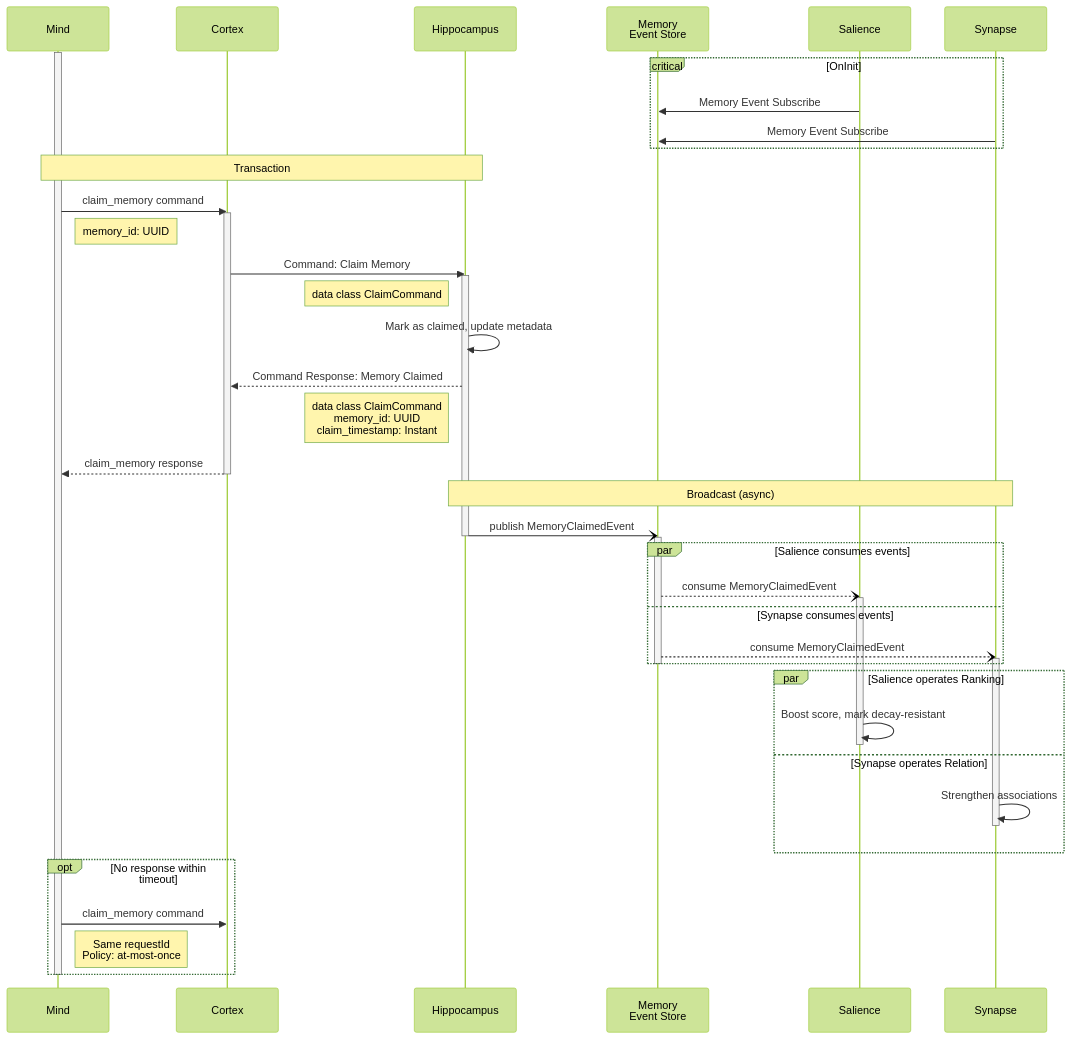
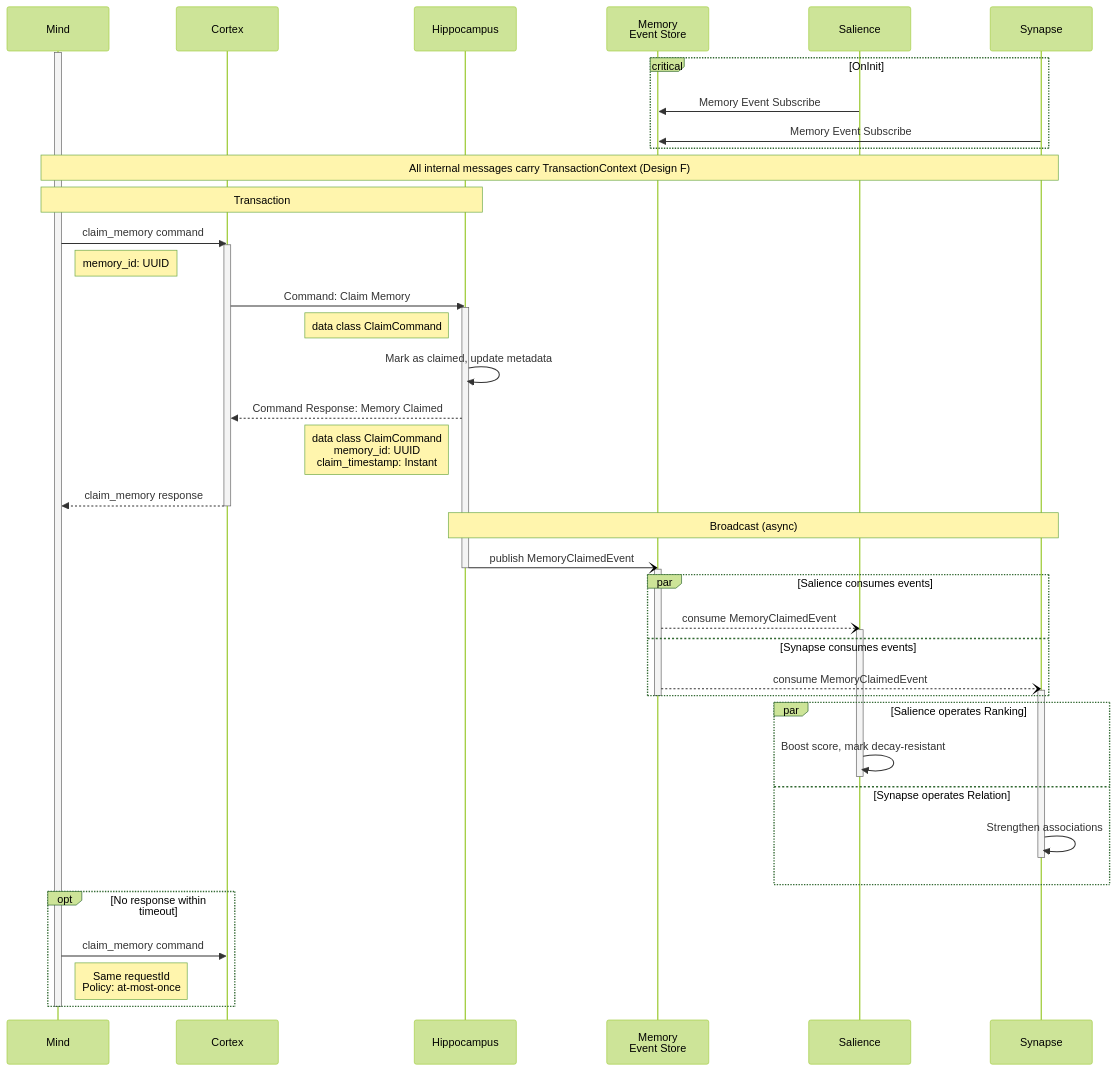
The diagram in site/_includes/diagrams/msg-0003-claim-memory.mmd (Mimis-Gildi/mcp-total-recall), drawn with Mermaid (forest theme) before and after one commit. The commit also changed 15 other files, not shown here.

Commit message:
Transaction Context added in diagrams.

```diff
--- a/site/_includes/diagrams/msg-0003-claim-memory.mmd
+++ b/site/_includes/diagrams/msg-0003-claim-memory.mmd
@@ -1,60 +1,62 @@
 sequenceDiagram
     participant M as Mind
     participant CX as Cortex
     participant HP as Hippocampus
     participant ES as Memory<br/> Event Store
     participant SL as Salience
     participant SY as Synapse
 
     activate M
 
     critical OnInit
         SL ->> ES: Memory Event Subscribe
         SY ->> ES: Memory Event Subscribe
     end
+
+    Note over M,SY: All internal messages carry TransactionContext (Design F)
 
     Note over M,HP: Transaction
     M->>CX: claim_memory command
     activate CX
     Note right of M: memory_id: UUID
 
     CX->>HP: Command: Claim Memory
     activate HP
     Note left of HP: data class ClaimCommand
 
     HP->>HP: Mark as claimed, update metadata
     HP-->>CX: Command Response: Memory Claimed
     Note left of HP: data class ClaimCommand<br/>memory_id: UUID<br/>claim_timestamp: Instant
     CX-->>M: claim_memory response
 
     deactivate CX
 
     Note over HP,SY: Broadcast (async)
     HP-)ES: publish MemoryClaimedEvent
     deactivate HP
     activate ES
 
     par Salience consumes events
         ES--)SL: consume MemoryClaimedEvent
         activate SL
     and Synapse consumes events
         ES--)SY: consume MemoryClaimedEvent
         activate SY
     end
 
     deactivate ES
 
     par Salience operates Ranking
         SL->>SL: Boost score, mark decay-resistant
         deactivate SL
     and Synapse operates Relation
         SY->>SY: Strengthen associations
         deactivate SY
     end
 
     opt No response within timeout
         M->>CX: claim_memory command
         Note right of M: Same requestId<br/>Policy: at-most-once
     end
 
     deactivate M
```
